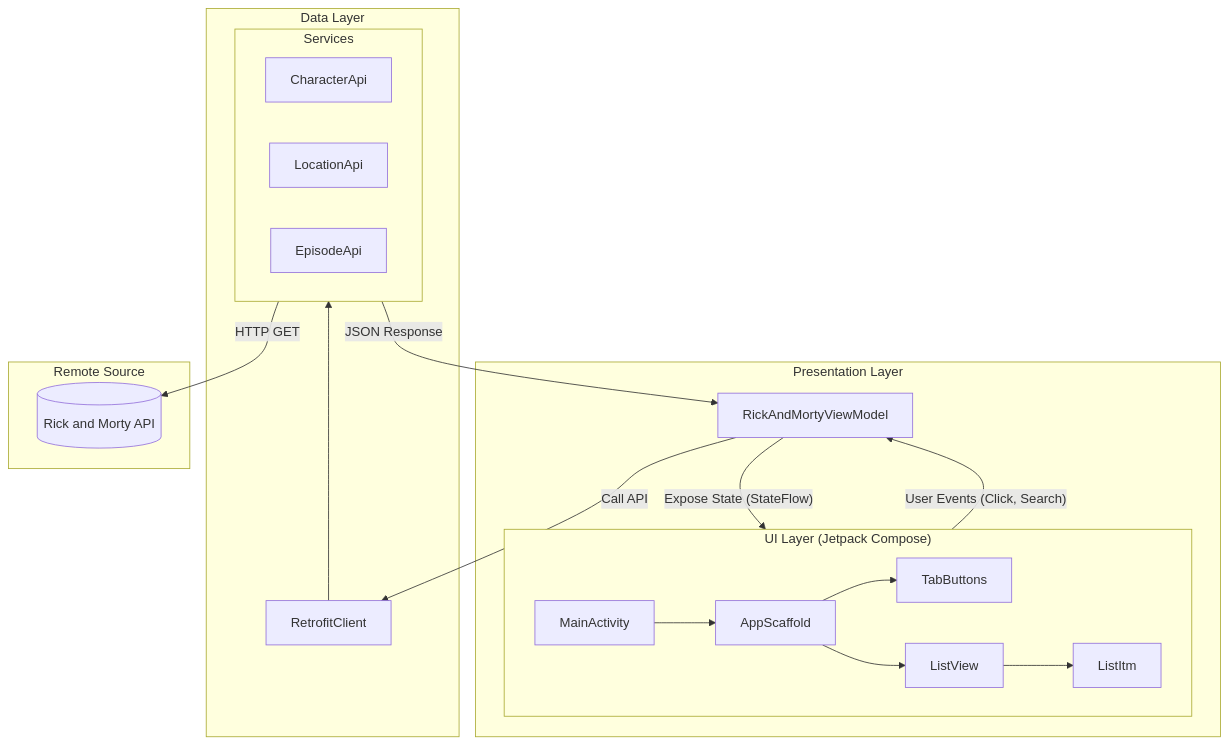
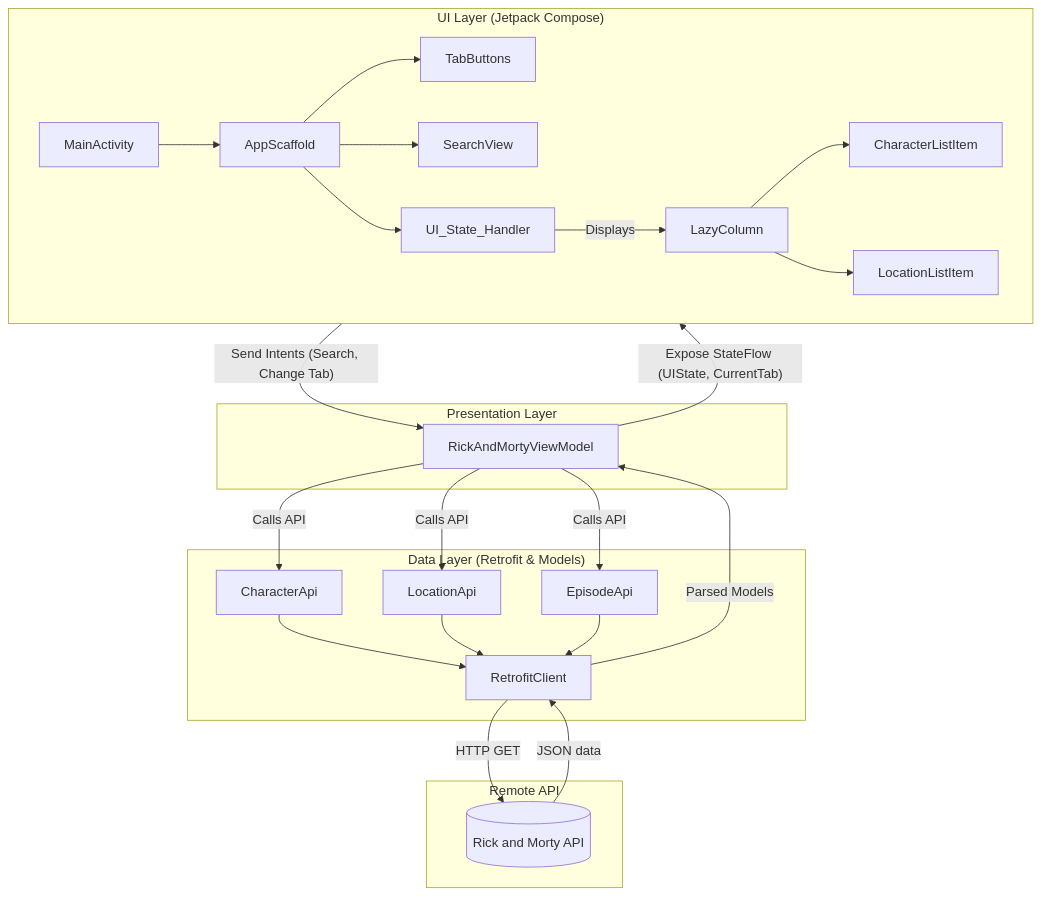
One commit to Mekongoabanda/RickAndMortyAPI changed the diagram in README.md. Above: the diagram before and after it, drawn with Mermaid. The commit also changed other lines of this file, not shown here.

Commit message:
docs: enhance README with main features, a more detailed architecture diagram, and clearer project setup instructions.

````diff
--- a/README.md
+++ b/README.md
@@ -31,29 +34,47 @@
 ```mermaid
 graph TD
+    %% UI Layer
     subgraph UI_Layer ["UI Layer (Jetpack Compose)"]
         MainActivity --> AppScaffold
         AppScaffold --> TabButtons
-        AppScaffold --> ListView
-        ListView --> ListItm
+        AppScaffold --> SearchView
+        AppScaffold --> UI_State_Handler
+        UI_State_Handler -- "Displays" --> LazyColumn
+        LazyColumn --> CharacterListItem
+        LazyColumn --> LocationListItem
     end
 
+    %% Presentation Layer
     subgraph Presentation_Layer ["Presentation Layer"]
-        RickAndMortyViewModel -- Expose State (StateFlow) --> UI_Layer
-        UI_Layer -- User Events (Click, Search) --> RickAndMortyViewModel
+        RickAndMortyViewModel
     end
 
-    subgraph Data_Layer ["Data Layer"]
-        RickAndMortyViewModel -- Call API --> RetrofitClient
-        RetrofitClient --> Services
-        subgraph Services
-            CharacterApi
-            LocationApi
-            EpisodeApi
-        end
-        Services -- JSON Response --> RickAndMortyViewModel
+    %% Data Layer
+    subgraph Data_Layer ["Data Layer (Retrofit & Models)"]
+        RetrofitClient
+        CharacterApi
+        LocationApi
+        EpisodeApi
     end
 
-    subgraph Remote ["Remote Source"]
-        Services -- HTTP GET --> RickAndMortyAPI[(Rick and Morty API)]
+    %% Remote Source
+    subgraph Remote ["Remote API"]
+        RickAndMortyAPI[(Rick and Morty API)]
     end
+
+    %% Interactions
+    UI_Layer -- "Send Intents (Search, Change Tab)" --> RickAndMortyViewModel
+    RickAndMortyViewModel -- "Expose StateFlow (UIState, CurrentTab)" --> UI_Layer
+
+    RickAndMortyViewModel -- "Calls API" --> CharacterApi
+    RickAndMortyViewModel -- "Calls API" --> LocationApi
+    RickAndMortyViewModel -- "Calls API" --> EpisodeApi
+
+    CharacterApi --> RetrofitClient
+    LocationApi --> RetrofitClient
+    EpisodeApi --> RetrofitClient
+
+    RetrofitClient -- "HTTP GET" --> RickAndMortyAPI
+    RickAndMortyAPI -- "JSON data" --> RetrofitClient
+    RetrofitClient -- "Parsed Models" --> RickAndMortyViewModel
 ```
````
